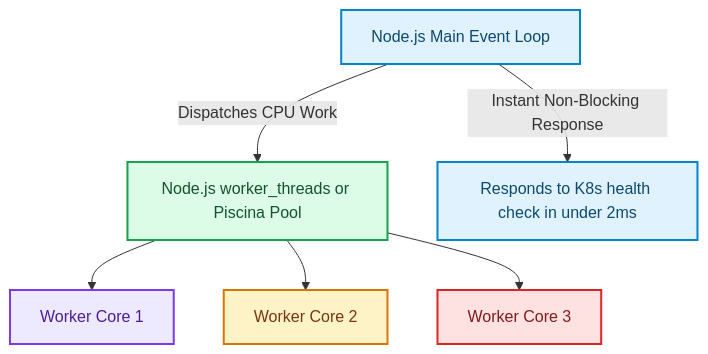
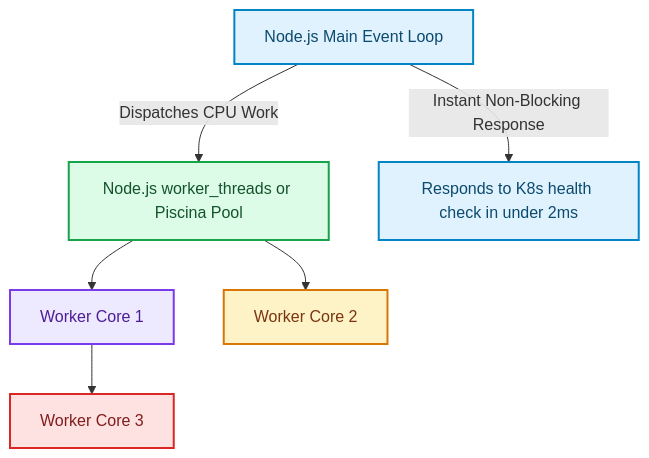
Before and after one commit to akmalkhaniub/akmalkhaniub.github.io: the second of 2 diagrams in blog/posts/nodejs-event-loop-trap-react-server-components-cpu-starvation.md, drawn with Mermaid. The commit also changed other lines of this file and 894 other files, not shown here.

Commit message:
feat(blog): upgrade all 444 posts with unique staggered dates, 2-col Mermaid spines, benchmark tables, code blocks, and trade-offs

````diff
--- a/blog/posts/nodejs-event-loop-trap-react-server-components-cpu-starvation.md
+++ b/blog/posts/nodejs-event-loop-trap-react-server-components-cpu-starvation.md
@@ -106,20 +106,20 @@
 ```mermaid
 flowchart TD
   MainThread["Node.js Main Event Loop"] -->|Dispatches CPU Work| WorkerPool["Node.js worker_threads or Piscina Pool"]
   WorkerPool --> Thread1["Worker Core 1"]
   WorkerPool --> Thread2["Worker Core 2"]
-  WorkerPool --> Thread3["Worker Core 3"]
+  Thread1 --> Thread3["Worker Core 3"]
   
   MainThread -->|Instant Non-Blocking Response| HealthCheck["Responds to K8s health check in under 2ms"]
 
 classDef green fill:#dcfce7,stroke:#16a34a,stroke-width:2px,color:#14532d;
 classDef red fill:#fee2e2,stroke:#dc2626,stroke-width:2px,color:#7f1d1d;
 classDef blue fill:#e0f2fe,stroke:#0284c7,stroke-width:2px,color:#0c4a6e;
 classDef yellow fill:#fef3c7,stroke:#d97706,stroke-width:2px,color:#78350f;
 classDef purple fill:#ede9fe,stroke:#7c3aed,stroke-width:2px,color:#4c1d95;
 class MainThread,HealthCheck blue
 class WorkerPool green
 class Thread1 purple
 class Thread2 yellow
 class Thread3 red
 ```
````
